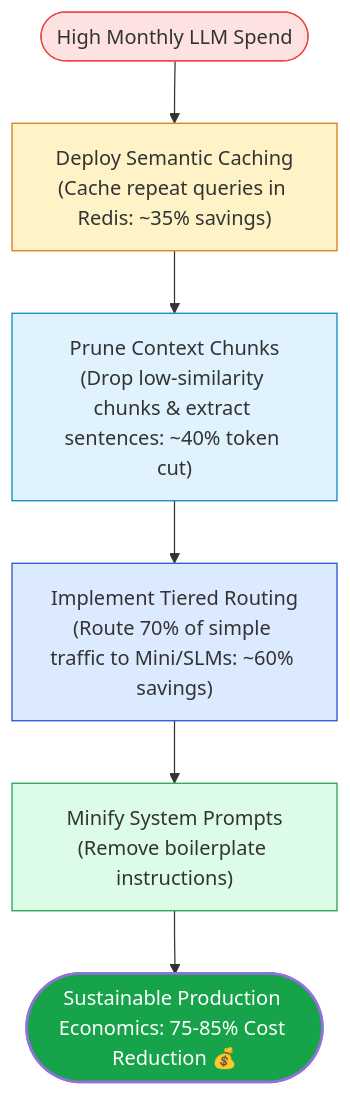
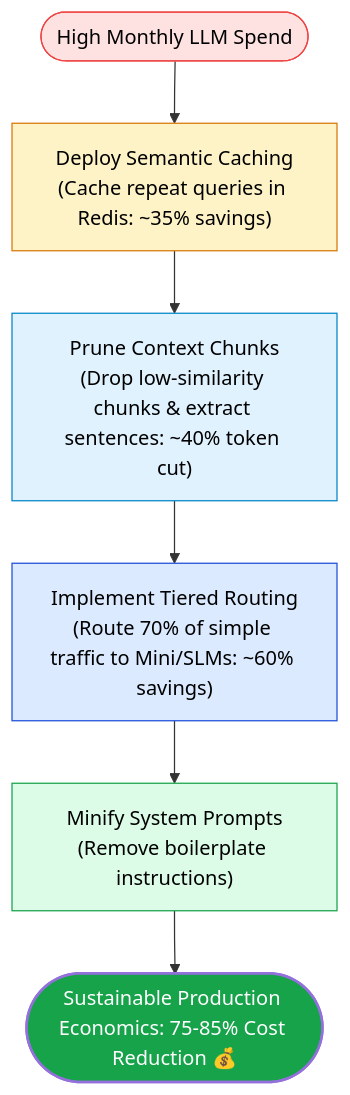
Before and after one commit to swapnil3104/RAG-Engineering: the third of 3 diagrams in 08-RAG-Evaluation-and-Optimization/Cost-Optimization.md, drawn with Mermaid. The commit also changed other lines of this file and 108 other files, not shown here.

Commit message:
fix: make chart text visible across all Mermaid diagrams and resolve markdown table formatting issues

````diff
--- a/08-RAG-Evaluation-and-Optimization/Cost-Optimization.md
+++ b/08-RAG-Evaluation-and-Optimization/Cost-Optimization.md
@@ -476,15 +476,15 @@
 ```mermaid
 flowchart TD
     Start([High Monthly LLM Spend]) --> Step1["Deploy Semantic Caching<br/>(Cache repeat queries in Redis: ~35% savings)"]
     Step1 --> Step2["Prune Context Chunks<br/>(Drop low-similarity chunks & extract sentences: ~40% token cut)"]
     Step2 --> Step3["Implement Tiered Routing<br/>(Route 70% of simple traffic to Mini/SLMs: ~60% savings)"]
     Step3 --> Step4["Minify System Prompts<br/>(Remove boilerplate instructions)"]
     Step4 --> Achieved([Sustainable Production Economics: 75-85% Cost Reduction 💰])
 
-    style Start fill:#fee2e2,stroke:#ef4444
-    style Step1 fill:#fef3c7,stroke:#d97706
-    style Step2 fill:#e0f2fe,stroke:#0284c7
-    style Step3 fill:#dbeafe,stroke:#1d4ed8
-    style Step4 fill:#dcfce7,stroke:#16a34a
+    style Start fill:#fee2e2,stroke:#ef4444,color:#000000
+    style Step1 fill:#fef3c7,stroke:#d97706,color:#000000
+    style Step2 fill:#e0f2fe,stroke:#0284c7,color:#000000
+    style Step3 fill:#dbeafe,stroke:#1d4ed8,color:#000000
+    style Step4 fill:#dcfce7,stroke:#16a34a,color:#000000
     style Achieved fill:#16a34a,color:#ffffff,stroke-width:2px
 ```
````
